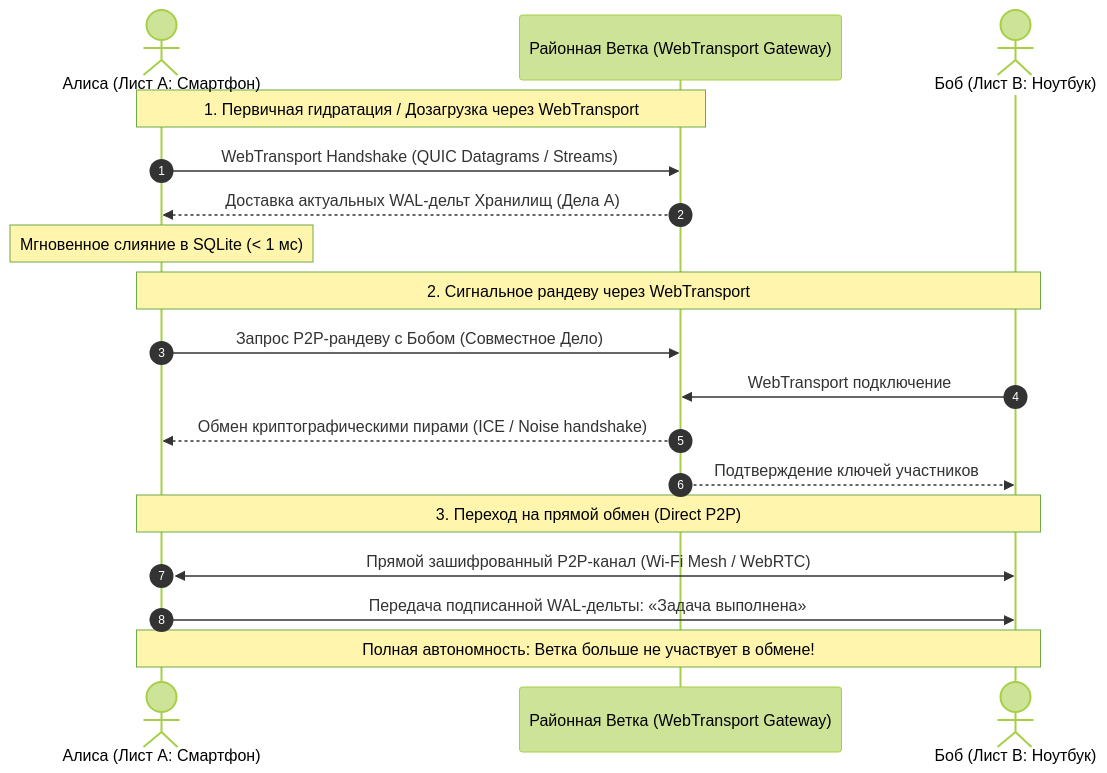
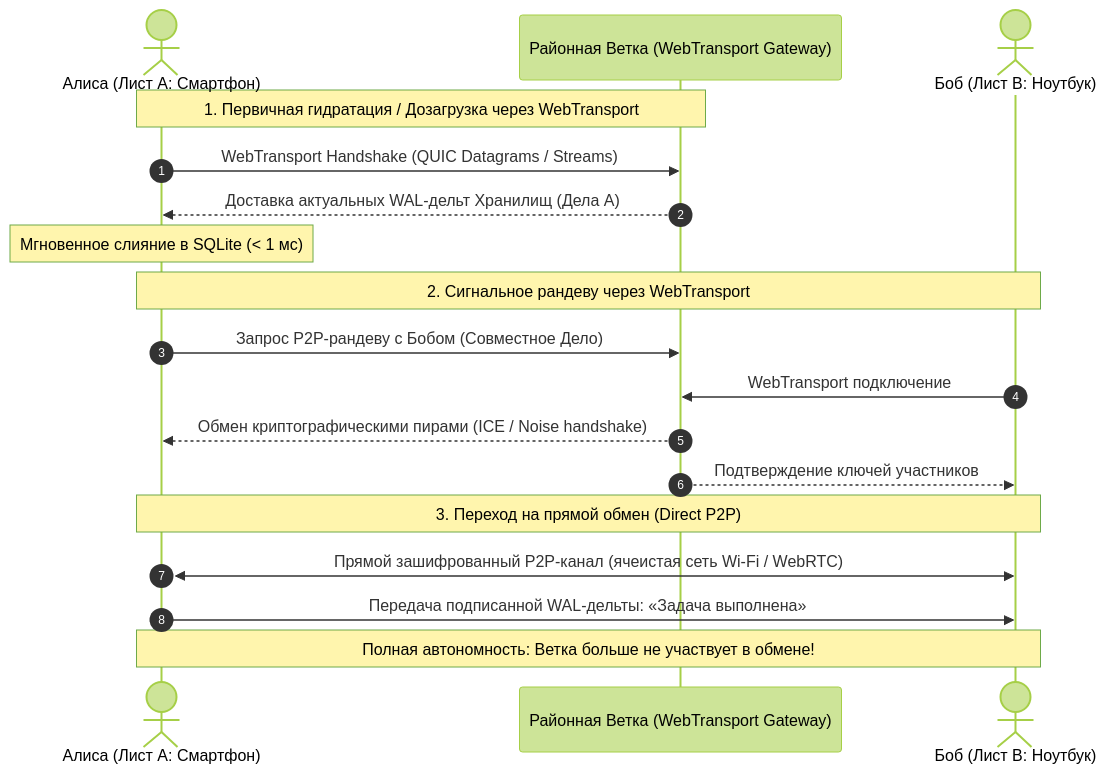
The sixth of 10 diagrams in shared_docs/whitepapers/applications/gogetter/GoGetter_architecture_and_functionality.md (Data-Independence-Network/presentations), drawn with Mermaid (forest theme) before and after one commit. The commit also changed other lines of this file and 10 other files, not shown here.

````diff
--- a/shared_docs/whitepapers/applications/gogetter/GoGetter_architecture_and_functionality.md
+++ b/shared_docs/whitepapers/applications/gogetter/GoGetter_architecture_and_functionality.md
@@ -792,23 +792,23 @@
 ```mermaid
 sequenceDiagram
     autonumber
     actor Alice as Алиса (Лист A: Смартфон)
     participant Branch as Районная Ветка (WebTransport Gateway)
     actor Bob as Боб (Лист B: Ноутбук)
 
     Note over Alice,Branch: 1. Первичная гидратация / Дозагрузка через WebTransport
     Alice->>Branch: WebTransport Handshake (QUIC Datagrams / Streams)
     Branch-->>Alice: Доставка актуальных WAL-дельт Хранилищ (Дела A)
     Note over Alice: Мгновенное слияние в SQLite (< 1 мс)
 
     Note over Alice,Bob: 2. Сигнальное рандеву через WebTransport
     Alice->>Branch: Запрос P2P-рандеву с Бобом (Совместное Дело)
     Bob->>Branch: WebTransport подключение
     Branch-->>Alice: Обмен криптографическими пирами (ICE / Noise handshake)
     Branch-->>Bob: Подтверждение ключей участников
 
     Note over Alice,Bob: 3. Переход на прямой обмен (Direct P2P)
-    Alice<<->>Bob: Прямой зашифрованный P2P-канал (Wi-Fi Mesh / WebRTC)
+    Alice<<->>Bob: Прямой зашифрованный P2P-канал (ячеистая сеть Wi-Fi / WebRTC)
     Alice->>Bob: Передача подписанной WAL-дельты: «Задача выполнена»
     Note over Alice,Bob: Полная автономность: Ветка больше не участвует в обмене!
 ```
````
